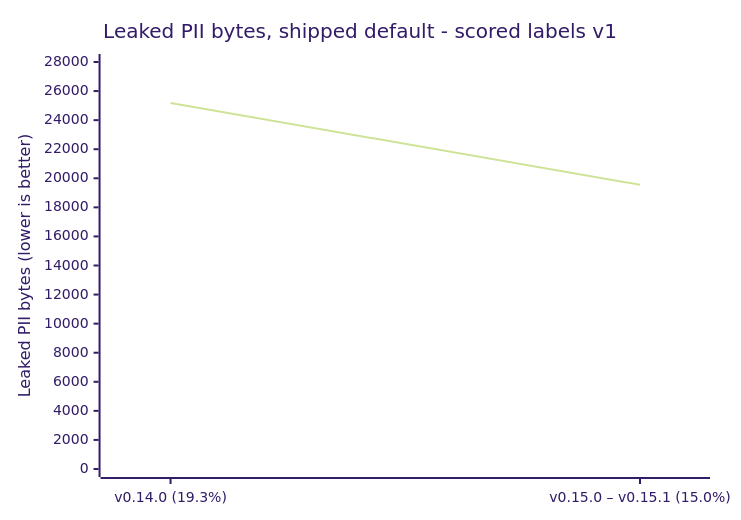
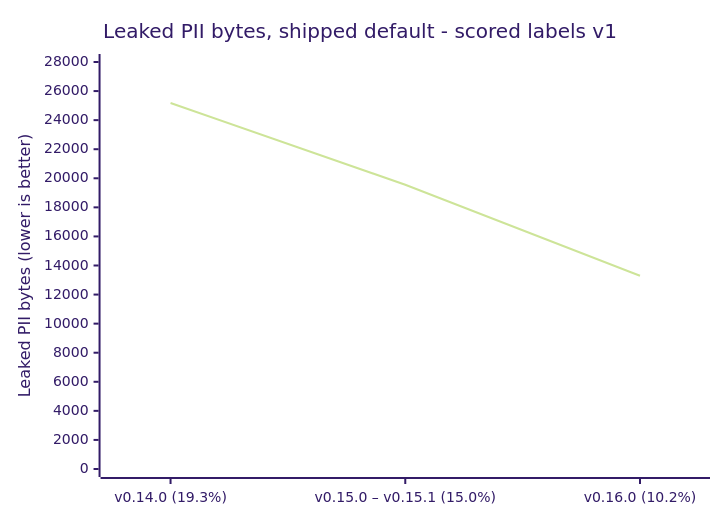
One commit to CertaMesh/gaze changed the eighth of 9 diagrams in docs/reference/benchmarks/README.md. Above: the diagram before and after it, drawn with Mermaid (forest theme). The commit also changed other lines of this file and 7 other files, not shown here.

````diff
--- a/docs/reference/benchmarks/README.md
+++ b/docs/reference/benchmarks/README.md
@@ -526,7 +526,7 @@
 ```mermaid
 xychart-beta
     title "Leaked PII bytes, shipped default - scored labels v1"
-    x-axis ["v0.14.0 (19.3%)", "v0.15.0 – v0.15.1 (15.0%)"]
+    x-axis ["v0.14.0 (19.3%)", "v0.15.0 – v0.15.1 (15.0%)", "v0.16.0 (10.2%)"]
     y-axis "Leaked PII bytes (lower is better)" 0 --> 28000
-    line [25179, 19556]
+    line [25179, 19556, 13291]
 ```
````
